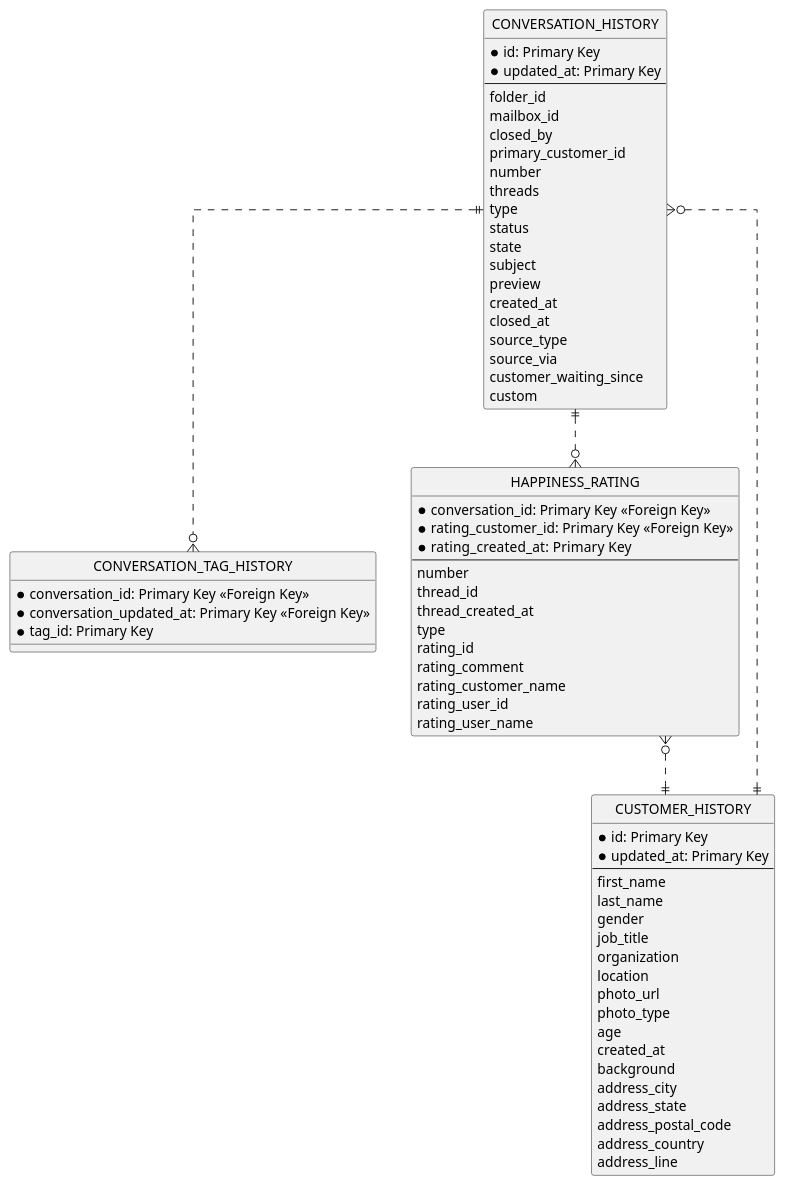
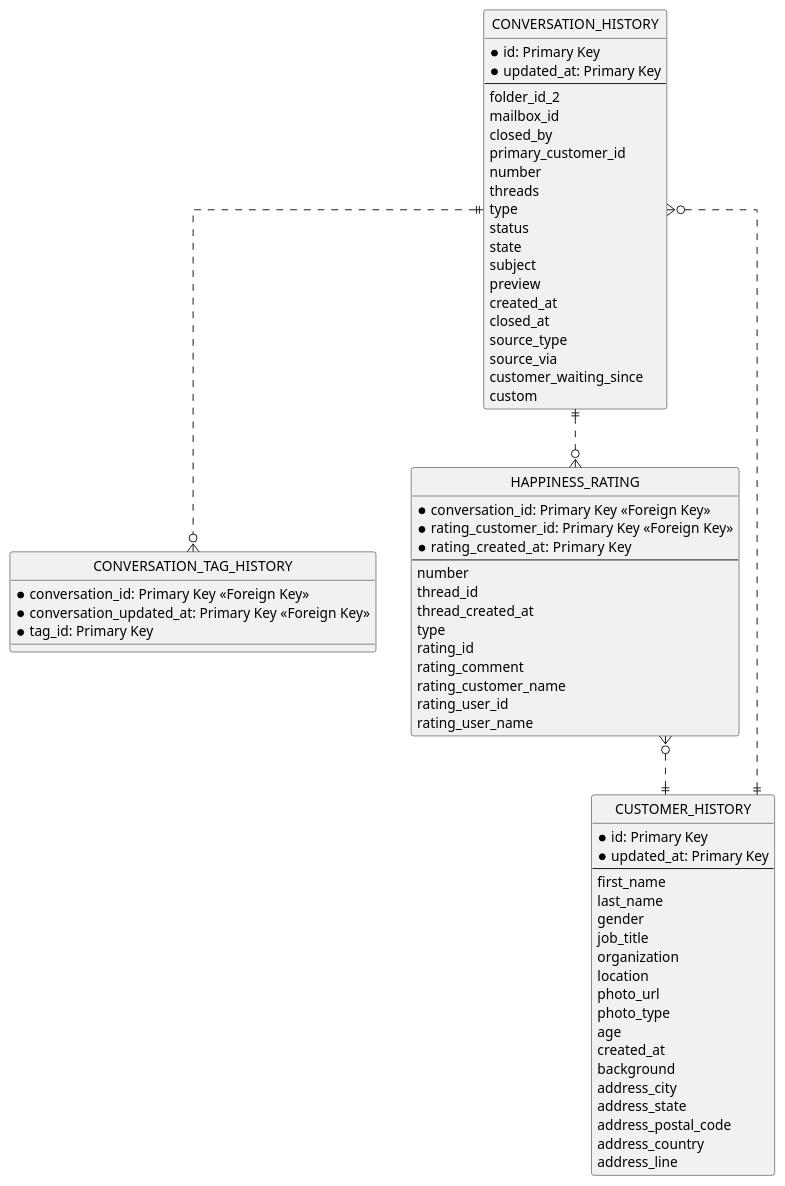
Before and after one commit to RCFCRU/Documents-ERD_puml_files: the diagram in HelpScout_Source_ERD.puml, drawn with PlantUML.

Commit message:
Sample Commit 7-22-21 a

```diff
--- a/HelpScout_Source_ERD.puml
+++ b/HelpScout_Source_ERD.puml
@@ -1,82 +1,82 @@
 @startuml
 
 ' hide the spot
 hide circle
 
 ' avoid problems with angled crows feet
 skinparam linetype ortho
 
 entity "CONVERSATION_HISTORY" as CONVERSATION_HISTORY {
   *id: Primary Key
   *updated_at: Primary Key
   --
-  folder_id
+  folder_id_2
   mailbox_id
   closed_by
   primary_customer_id
   number
   threads
   type
   status
   state
   subject
   preview
   created_at
   closed_at
   source_type
   source_via
   customer_waiting_since
   custom
 }
 
 entity "CONVERSATION_TAG_HISTORY" as CONVERSATION_TAG_HISTORY {
   *conversation_id: Primary Key <<Foreign Key>>
   *conversation_updated_at: Primary Key <<Foreign Key>>
   *tag_id: Primary Key
 }
 
 entity "HAPPINESS_RATING" as HAPPINESS_RATING {
   *conversation_id: Primary Key <<Foreign Key>>
   *rating_customer_id: Primary Key <<Foreign Key>>
   *rating_created_at:  Primary Key
   --
   number
   thread_id
   thread_created_at
   type
   rating_id
   rating_comment
   rating_customer_name
   rating_user_id
   rating_user_name
 }
 
 entity "CUSTOMER_HISTORY" AS CUSTOMER_HISTORY {
   *id: Primary Key
   *updated_at: Primary Key
   --
   first_name
   last_name
   gender
   job_title
   organization
   location
   photo_url
   photo_type
   age
   created_at
   background
   address_city
   address_state
   address_postal_code
   address_country
   address_line
 }
 
 CONVERSATION_HISTORY ||..o{ CONVERSATION_TAG_HISTORY
 CONVERSATION_HISTORY ||..o{ HAPPINESS_RATING
 CONVERSATION_HISTORY }o..|| CUSTOMER_HISTORY
 HAPPINESS_RATING }o..|| CUSTOMER_HISTORY
 
 
 @enduml
```
